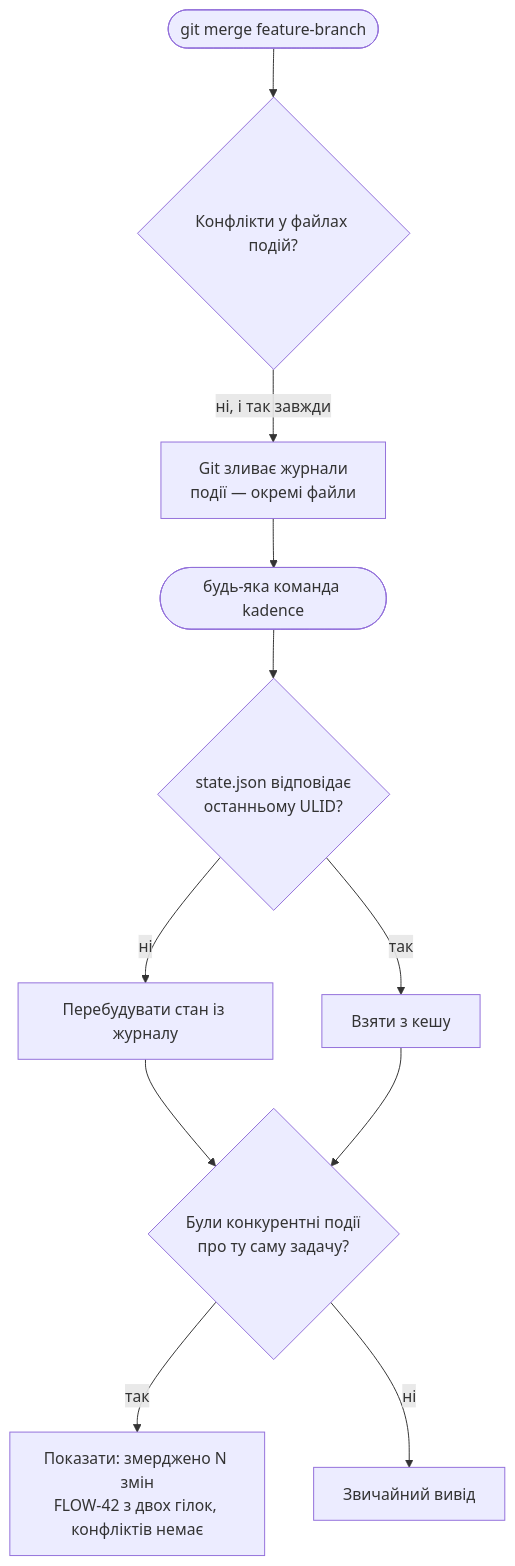
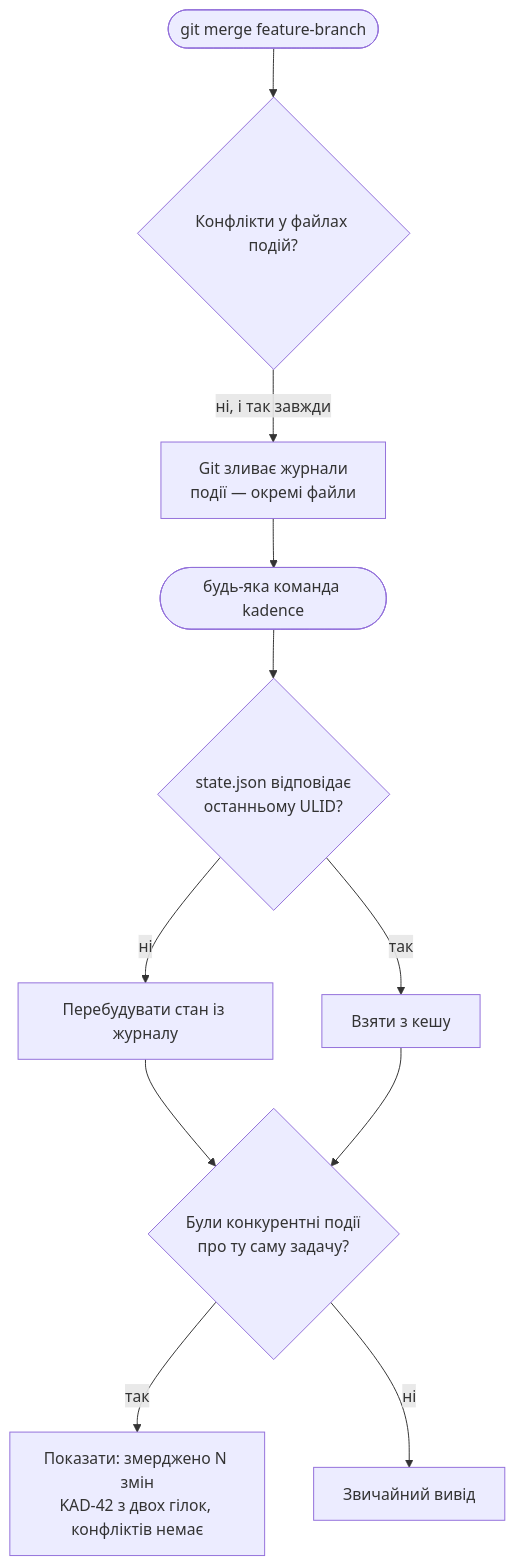
One commit to bogutskiandriy/kadence changed the fourth of 5 diagrams in docs/design/user-flows.md. Above: the diagram before and after it, drawn with Mermaid. The commit also changed other lines of this file and 10 other files, not shown here.

````diff
--- a/docs/design/user-flows.md
+++ b/docs/design/user-flows.md
@@ -75,13 +75,13 @@
 ```mermaid
 flowchart TD
     A([git merge feature-branch]) --> B{Конфлікти у файлах подій?}
     B -- ні, і так завжди --> C[Git зливає журнали<br/>події — окремі файли]
     C --> D([будь-яка команда kadence])
     D --> E{state.json відповідає<br/>останньому ULID?}
     E -- ні --> F[Перебудувати стан із журналу]
     E -- так --> G[Взяти з кешу]
     F --> H{Були конкурентні події<br/>про ту саму задачу?}
     G --> H
-    H -- так --> I[Показати: змерджено N змін<br/>FLOW-42 з двох гілок, конфліктів немає]
+    H -- так --> I[Показати: змерджено N змін<br/>KAD-42 з двох гілок, конфліктів немає]
     H -- ні --> J[Звичайний вивід]
 ```
````
